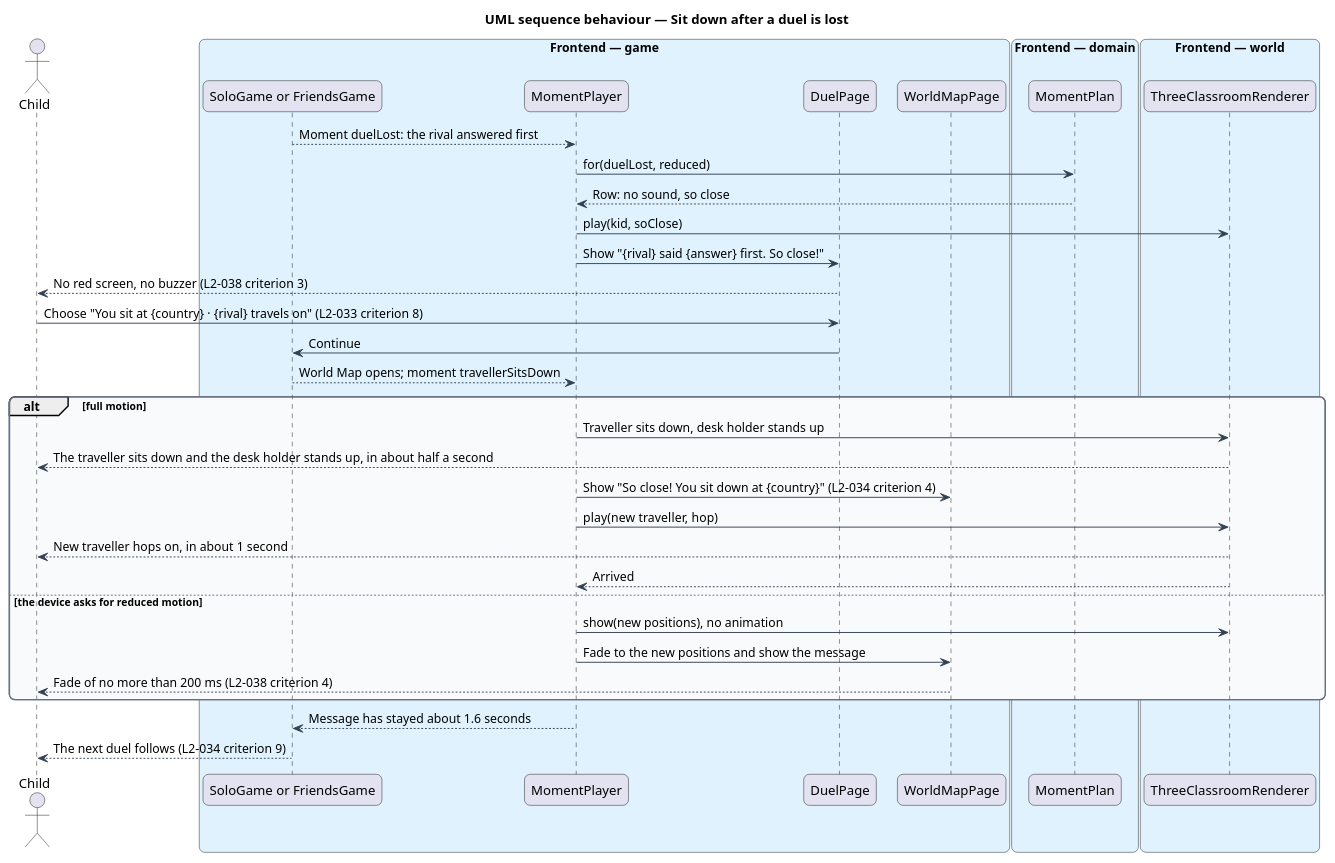
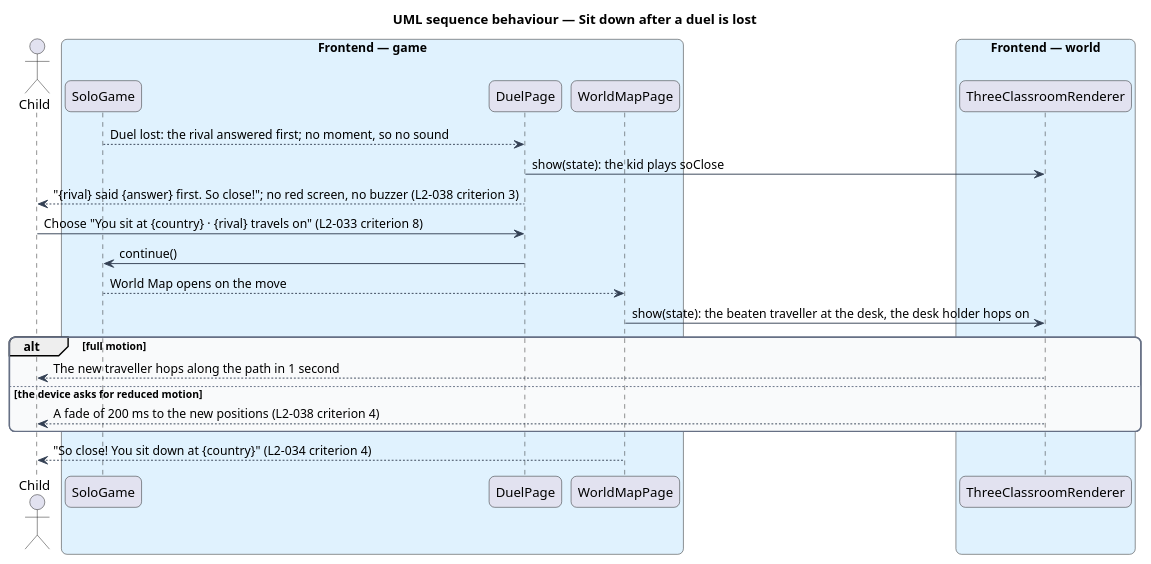
One commit to QuinntyneBrown/around-the-world changed the diagram in docs/detailed-designs/classroom/play-motion-and-sound/diagrams/sequence-sit-down.puml. Above: the diagram before and after it, drawn with PlantUML. The commit also changed 25 other files, not shown here.

First line of the commit message:
Decide how motion and sound play: the fade token, the sounds and the mute

```diff
--- a/docs/detailed-designs/classroom/play-motion-and-sound/diagrams/sequence-sit-down.puml
+++ b/docs/detailed-designs/classroom/play-motion-and-sound/diagrams/sequence-sit-down.puml
@@ -1,53 +1,39 @@
 @startuml
 title UML sequence behaviour — Sit down after a duel is lost
 skinparam backgroundColor #FFFFFF
 skinparam shadowing false
 skinparam roundcorner 12
 skinparam defaultFontName Arial
 skinparam ArrowColor #344054
 skinparam rectangle {
   BorderColor #344054
   FontColor #101828
 }
 skinparam package {
   BorderColor #667085
   FontColor #101828
   BackgroundColor #F9FAFB
 }
 actor "Child" as actor
 box "Frontend — game" #E0F2FE
-  participant "SoloGame or FriendsGame" as session
-  participant "MomentPlayer" as player
+  participant "SoloGame" as session
   participant "DuelPage" as duel
   participant "WorldMapPage" as map
-end box
-box "Frontend — domain" #E0F2FE
-  participant "MomentPlan" as plan
 end box
 box "Frontend — world" #E0F2FE
   participant "ThreeClassroomRenderer" as renderer
 end box
-session --> player : Moment duelLost: the rival answered first
-player -> plan : for(duelLost, reduced)
-plan --> player : Row: no sound, so close
-player -> renderer : play(kid, soClose)
-player -> duel : Show "{rival} said {answer} first. So close!"
-duel --> actor : No red screen, no buzzer (L2-038 criterion 3)
+session --> duel : Duel lost: the rival answered first; no moment, so no sound
+duel -> renderer : show(state): the kid plays soClose
+duel --> actor : "{rival} said {answer} first. So close!"; no red screen, no buzzer (L2-038 criterion 3)
 actor -> duel : Choose "You sit at {country} · {rival} travels on" (L2-033 criterion 8)
-duel -> session : Continue
-session --> player : World Map opens; moment travellerSitsDown
+duel -> session : continue()
+session --> map : World Map opens on the move
+map -> renderer : show(state): the beaten traveller at the desk, the desk holder hops on
 alt full motion
-  player -> renderer : Traveller sits down, desk holder stands up
-  renderer --> actor : The traveller sits down and the desk holder stands up, in about half a second
-  player -> map : Show "So close! You sit down at {country}" (L2-034 criterion 4)
-  player -> renderer : play(new traveller, hop)
-  renderer --> actor : New traveller hops on, in about 1 second
-  renderer --> player : Arrived
+  renderer --> actor : The new traveller hops along the path in 1 second
 else the device asks for reduced motion
-  player -> renderer : show(new positions), no animation
-  player -> map : Fade to the new positions and show the message
-  map --> actor : Fade of no more than 200 ms (L2-038 criterion 4)
+  renderer --> actor : A fade of 200 ms to the new positions (L2-038 criterion 4)
 end
-player --> session : Message has stayed about 1.6 seconds
-session --> actor : The next duel follows (L2-034 criterion 9)
+map --> actor : "So close! You sit down at {country}" (L2-034 criterion 4)
 @enduml
```
